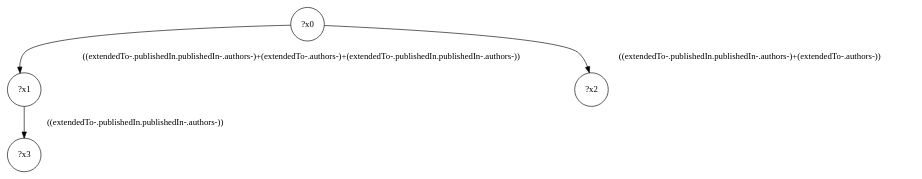
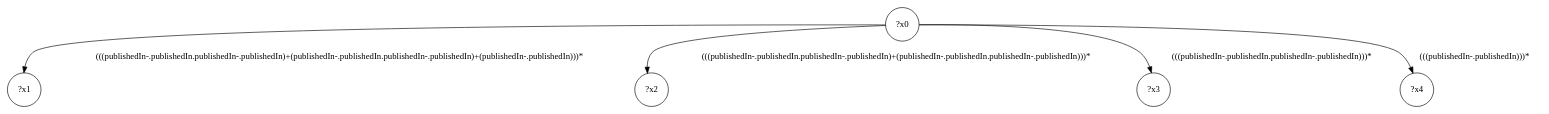
The diagram in src/queryinterface/interface-queries/query-42.dot (gbagan/gmark), drawn with Graphviz before and after one commit. The commit also changed 150 other files, not shown here.

```diff
--- a/src/queryinterface/interface-queries/query-42.dot
+++ b/src/queryinterface/interface-queries/query-42.dot
@@ -1,9 +1,11 @@
 digraph g {
 	x0 [shape=circle, label="?x0"];
 	x1 [shape=circle, label="?x1"];
-	x0 -> x1 [label="((extendedTo-.publishedIn.publishedIn-.authors-)+(extendedTo-.authors-)+(extendedTo-.publishedIn.publishedIn-.authors-))"];
+	x0 -> x1 [label="(((publishedIn-.publishedIn.publishedIn-.publishedIn)+(publishedIn-.publishedIn.publishedIn-.publishedIn)+(publishedIn-.publishedIn)))*"];
 	x2 [shape=circle, label="?x2"];
-	x0 -> x2 [label="((extendedTo-.publishedIn.publishedIn-.authors-)+(extendedTo-.authors-))"];
+	x0 -> x2 [label="(((publishedIn-.publishedIn.publishedIn-.publishedIn)+(publishedIn-.publishedIn.publishedIn-.publishedIn)))*"];
 	x3 [shape=circle, label="?x3"];
-	x1 -> x3 [label="((extendedTo-.publishedIn.publishedIn-.authors-))"];
+	x0 -> x3 [label="(((publishedIn-.publishedIn.publishedIn-.publishedIn)))*"];
+	x4 [shape=circle, label="?x4"];
+	x0 -> x4 [label="(((publishedIn-.publishedIn)))*"];
 }
```
